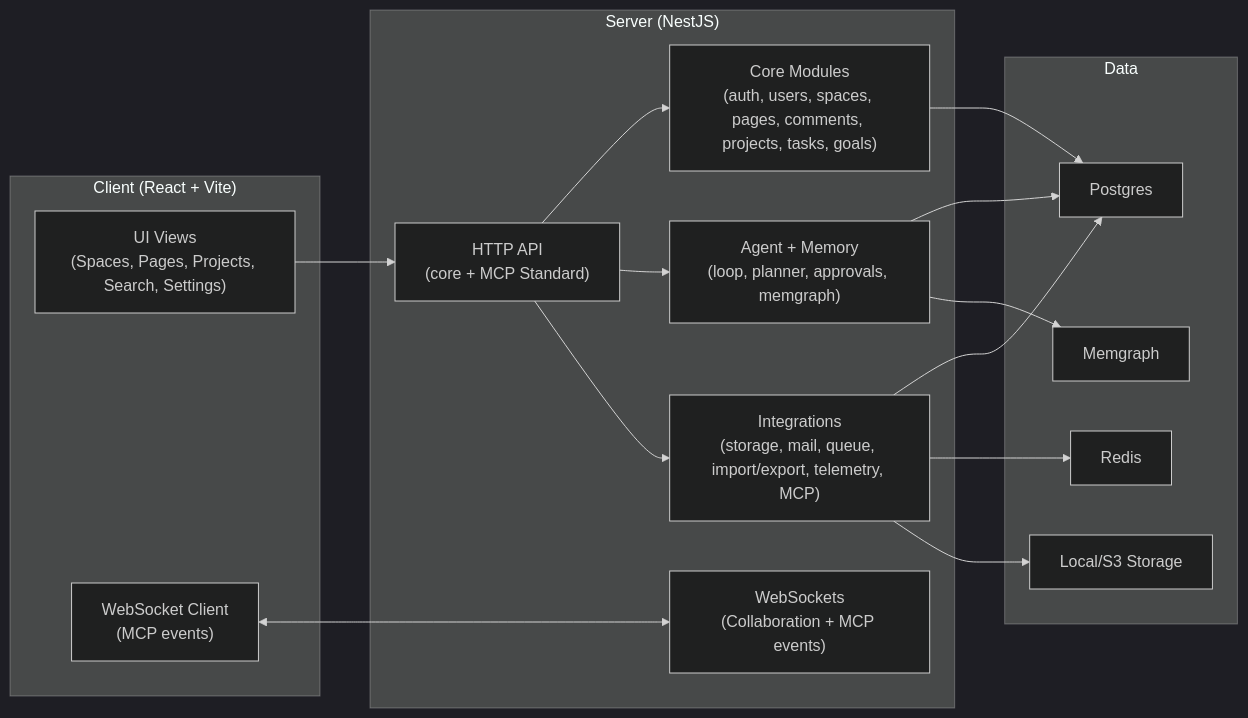
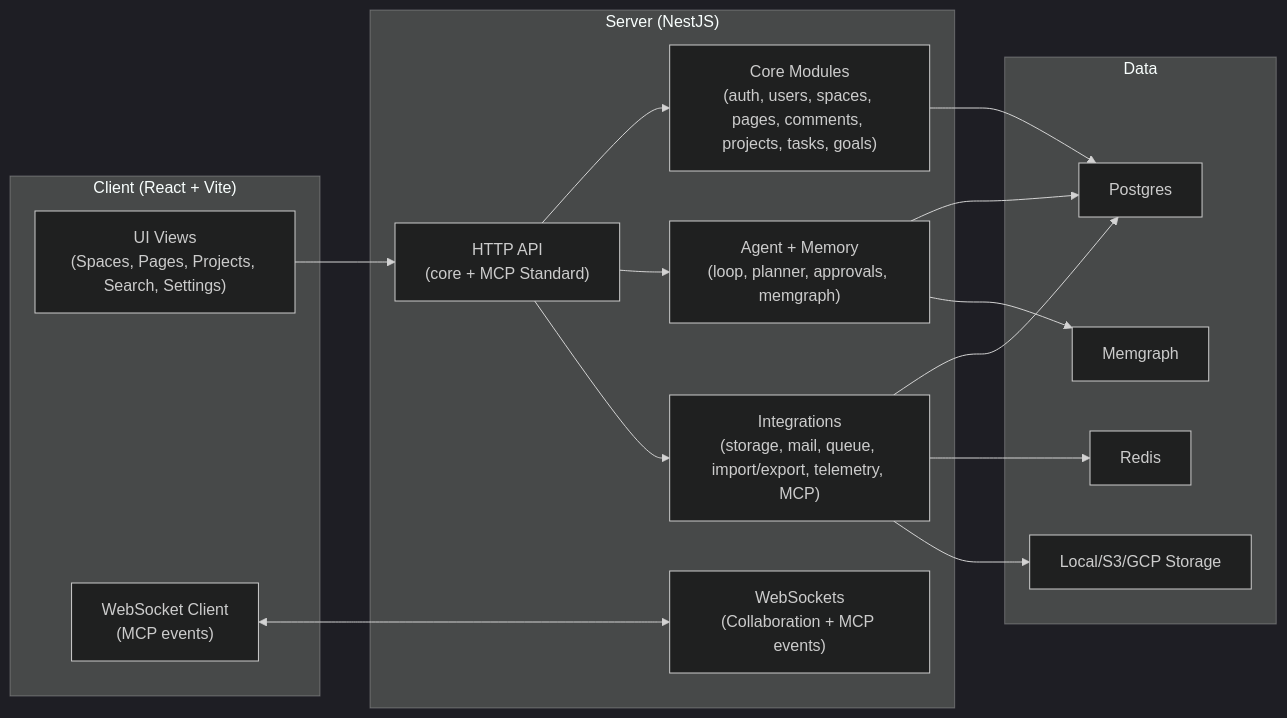
One commit to HaruHunab1320/raven-docs changed the first of 2 diagrams in docs/ArchitectureOverview.md. Above: the diagram before and after it, drawn with Mermaid (dark theme). The commit also changed other lines of this file and 19 other files, not shown here.

````diff
--- a/docs/ArchitectureOverview.md
+++ b/docs/ArchitectureOverview.md
@@ -15,34 +15,34 @@
 ```mermaid
 flowchart LR
   subgraph Client["Client (React + Vite)"]
     UI["UI Views\n(Spaces, Pages, Projects, Search, Settings)"]
     WS["WebSocket Client\n(MCP events)"]
   end
 
   subgraph Server["Server (NestJS)"]
     API["HTTP API\n(core + MCP Standard)"]
     RT["WebSockets\n(Collaboration + MCP events)"]
     CORE["Core Modules\n(auth, users, spaces, pages, comments, projects, tasks, goals)"]
     AGENT["Agent + Memory\n(loop, planner, approvals, memgraph)"]
     INTEG["Integrations\n(storage, mail, queue, import/export, telemetry, MCP)"]
   end
 
   subgraph Data["Data"]
     DB["Postgres"]
     REDIS["Redis"]
     MEM["Memgraph"]
-    FS["Local/S3 Storage"]
+    FS["Local/S3/GCP Storage"]
   end
 
   UI --> API
   WS <---> RT
   API --> CORE
   API --> AGENT
   API --> INTEG
   CORE --> DB
   INTEG --> DB
   INTEG --> REDIS
   AGENT --> DB
   AGENT --> MEM
   INTEG --> FS
 ```
````
